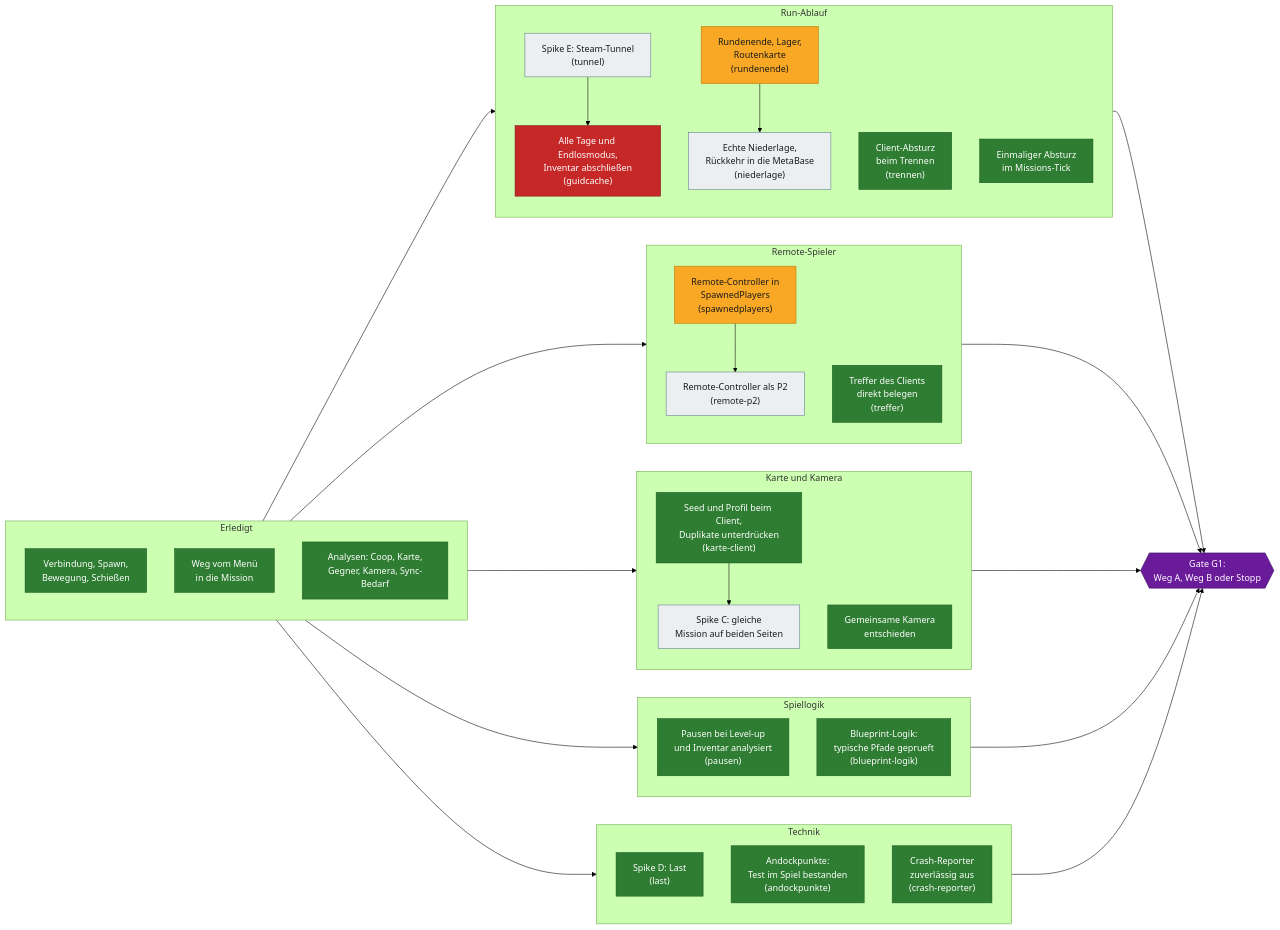
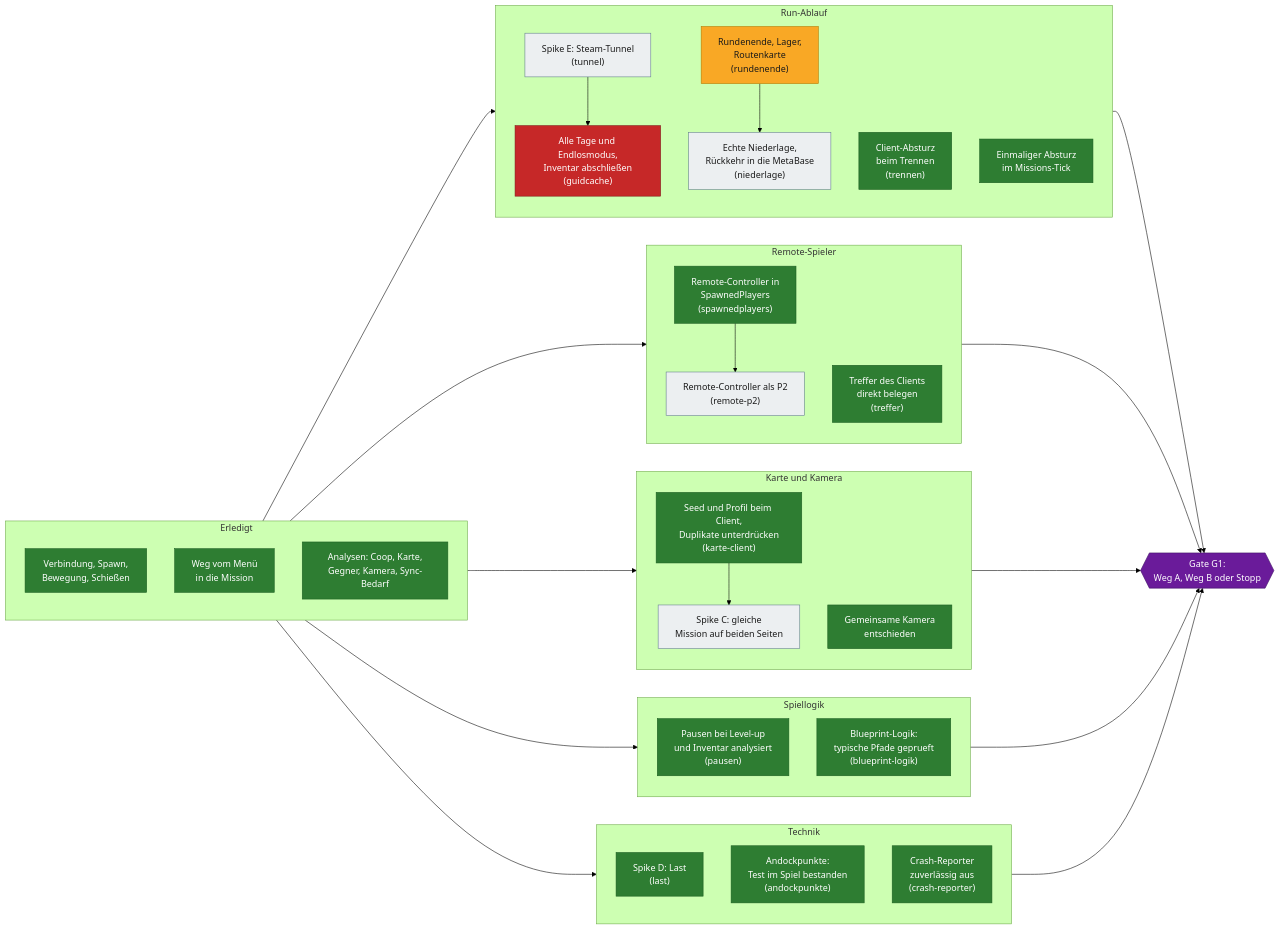
The second of 4 diagrams in docs/ROADMAP.md (VitaminStack/Deadly-Days-Roadtrip-Multiplayer-Mod), drawn with Mermaid (forest theme) before and after one commit. The commit also changed other lines of this file and 4 other files, not shown here.

First line of the commit message:
controller-tausch: SpawnedPlayers beim Controller-Tausch sofort abgleichen (#60)

````diff
--- a/docs/ROADMAP.md
+++ b/docs/ROADMAP.md
@@ -73,66 +74,66 @@
 ```mermaid
 flowchart LR
     subgraph BASIS["Erledigt"]
         A1["Verbindung, Spawn,<br/>Bewegung, Schießen"]:::done
         A2["Weg vom Menü<br/>in die Mission"]:::done
         A3["Analysen: Coop, Karte,<br/>Gegner, Kamera, Sync-Bedarf"]:::done
     end
 
     subgraph RUN["Run-Ablauf"]
         TU["Saubere Testumgebung,<br/>Laden und Spawn am Bus<br/>(testumgebung)"]:::blocker
         T3["Alle Tage und Endlosmodus,<br/>Inventar abschließen<br/>(guidcache)"]:::blocker
         TU --> T3
         RE["Rundenende, Lager,<br/>Routenkarte<br/>(rundenende)"]:::wip
         NI["Echte Niederlage,<br/>Rückkehr in die MetaBase<br/>(niederlage)"]:::open
         TR["Client-Absturz<br/>beim Trennen<br/>(trennen)"]:::done
         MT["Einmaliger Absturz<br/>im Missions-Tick"]:::done
         RE --> NI
     end
 
     subgraph SPIELER["Remote-Spieler"]
-        SP["Remote-Controller in<br/>SpawnedPlayers<br/>(spawnedplayers)"]:::wip
+        SP["Remote-Controller in<br/>SpawnedPlayers<br/>(spawnedplayers)"]:::done
         RP["Remote-Controller als P2<br/>(remote-p2)"]:::open
         TF["Treffer des Clients<br/>direkt belegen<br/>(treffer)"]:::done
         SP --> RP
     end
 
     subgraph WELT["Karte und Kamera"]
         KC["Seed und Profil beim Client,<br/>Duplikate unterdrücken<br/>(karte-client)"]:::done
         SC["Spike C: gleiche<br/>Mission auf beiden Seiten"]:::open
         KE["Gemeinsame Kamera<br/>entschieden"]:::done
         KC --> SC
     end
 
     subgraph LOGIK["Spiellogik"]
         PA["Pausen bei Level-up<br/>und Inventar analysiert<br/>(pausen)"]:::done
         BP["Blueprint-Logik:<br/>typische Pfade geprueft<br/>(blueprint-logik)"]:::done
     end
 
     subgraph TECHNIK["Technik"]
         LA["Spike D: Last<br/>(last)"]:::done
         TU["Spike E: Steam-Tunnel<br/>(tunnel)"]:::open
         AP["Andockpunkte:<br/>Test im Spiel bestanden<br/>(andockpunkte)"]:::done
         CR["Crash-Reporter<br/>zuverlässig aus<br/>(crash-reporter)"]:::done
     end
 
     BASIS --> RUN
     BASIS --> SPIELER
     BASIS --> WELT
     BASIS --> LOGIK
     BASIS --> TECHNIK
 
     RUN --> G1
     SPIELER --> G1
     WELT --> G1
     LOGIK --> G1
     TECHNIK --> G1
 
     G1{{"Gate G1:<br/>Weg A, Weg B oder Stopp"}}:::gate
 
     classDef done fill:#2e7d32,stroke:#1b5e20,color:#ffffff
     classDef wip fill:#f9a825,stroke:#b27a00,color:#1a1a1a
     classDef open fill:#eceff1,stroke:#607d8b,color:#1a1a1a
     classDef blocker fill:#c62828,stroke:#7f1d1d,color:#ffffff
     classDef decision fill:#ef6c00,stroke:#a34800,color:#ffffff
     classDef gate fill:#6a1b9a,stroke:#3e1163,color:#ffffff
 ```
````
